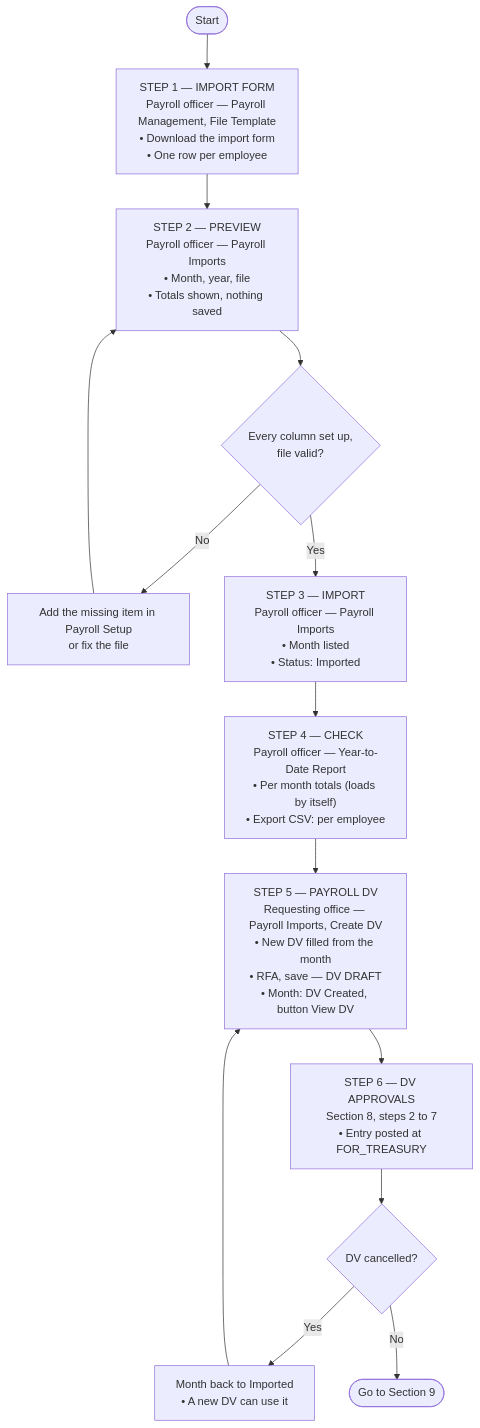
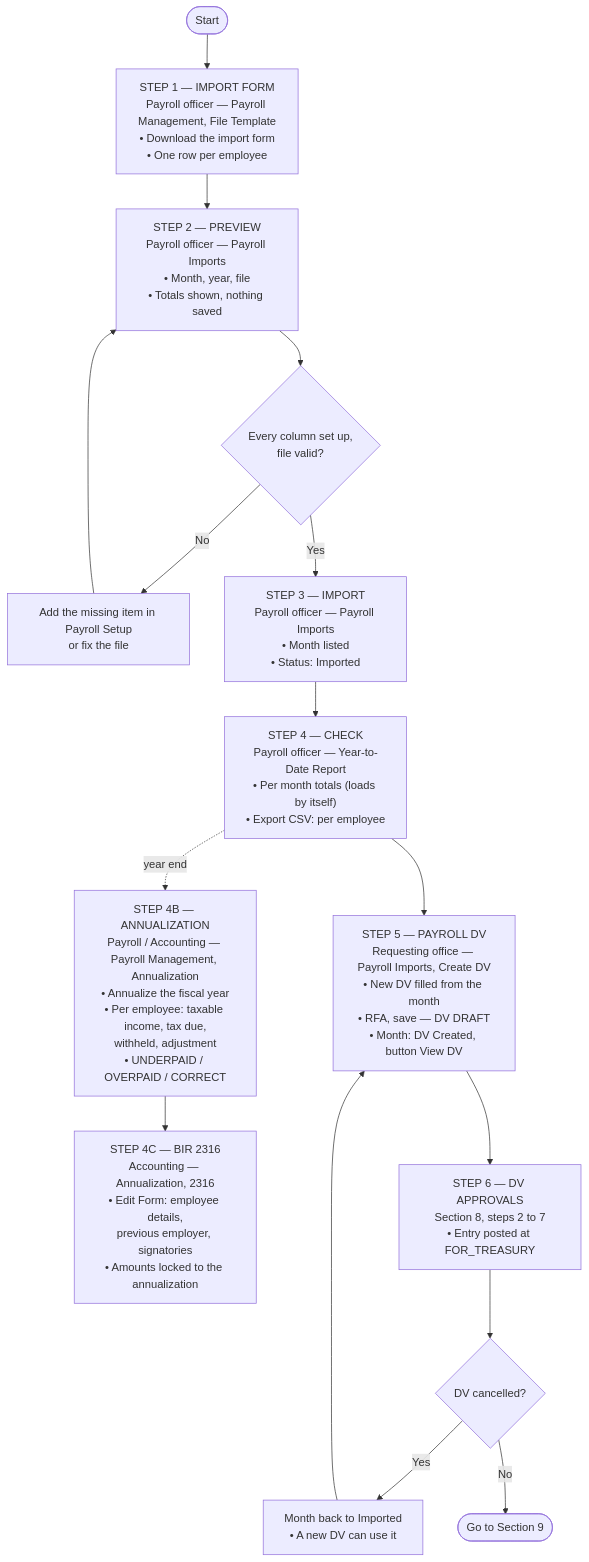
Before and after one commit to A-team-ITBS/fims-nha: the tenth of 14 diagrams in system_docs/process-flow/PROCESS-FLOW.md, drawn with Mermaid. The commit also changed other lines of this file and 21 other files, not shown here.

Commit message:
BIR 2307 (DV with ATC), payroll Tax Annualization + BIR 2316

````diff
--- a/system_docs/process-flow/PROCESS-FLOW.md
+++ b/system_docs/process-flow/PROCESS-FLOW.md
@@ -383,16 +386,18 @@
 ```mermaid
 flowchart TD
     START(["Start"]) --> S1["STEP 1 — IMPORT FORM<br/>Payroll officer — Payroll Management, File Template<br/>• Download the import form<br/>• One row per employee"]
     S1 --> S2["STEP 2 — PREVIEW<br/>Payroll officer — Payroll Imports<br/>• Month, year, file<br/>• Totals shown, nothing saved"]
     S2 --> D1{"Every column set up,<br/>file valid?"}
     D1 -->|"No"| R1["Add the missing item in Payroll Setup<br/>or fix the file"]
     R1 --> S2
     D1 -->|"Yes"| S3["STEP 3 — IMPORT<br/>Payroll officer — Payroll Imports<br/>• Month listed<br/>• Status: Imported"]
     S3 --> S4["STEP 4 — CHECK<br/>Payroll officer — Year-to-Date Report<br/>• Per month totals (loads by itself)<br/>• Export CSV: per employee"]
+    S4 -.->|"year end"| A1["STEP 4B — ANNUALIZATION<br/>Payroll / Accounting — Payroll Management, Annualization<br/>• Annualize the fiscal year<br/>• Per employee: taxable income, tax due,<br/>withheld, adjustment<br/>• UNDERPAID / OVERPAID / CORRECT"]
+    A1 --> A2["STEP 4C — BIR 2316<br/>Accounting — Annualization, 2316<br/>• Edit Form: employee details,<br/>previous employer, signatories<br/>• Amounts locked to the annualization"]
     S4 --> S5["STEP 5 — PAYROLL DV<br/>Requesting office — Payroll Imports, Create DV<br/>• New DV filled from the month<br/>• RFA, save — DV DRAFT<br/>• Month: DV Created, button View DV"]
     S5 --> S6["STEP 6 — DV APPROVALS<br/>Section 8, steps 2 to 7<br/>• Entry posted at FOR_TREASURY"]
     S6 --> D2{"DV cancelled?"}
     D2 -->|"Yes"| X["Month back to Imported<br/>• A new DV can use it"]
     X --> S5
     D2 -->|"No"| END(["Go to Section 9"])
 ```
````
